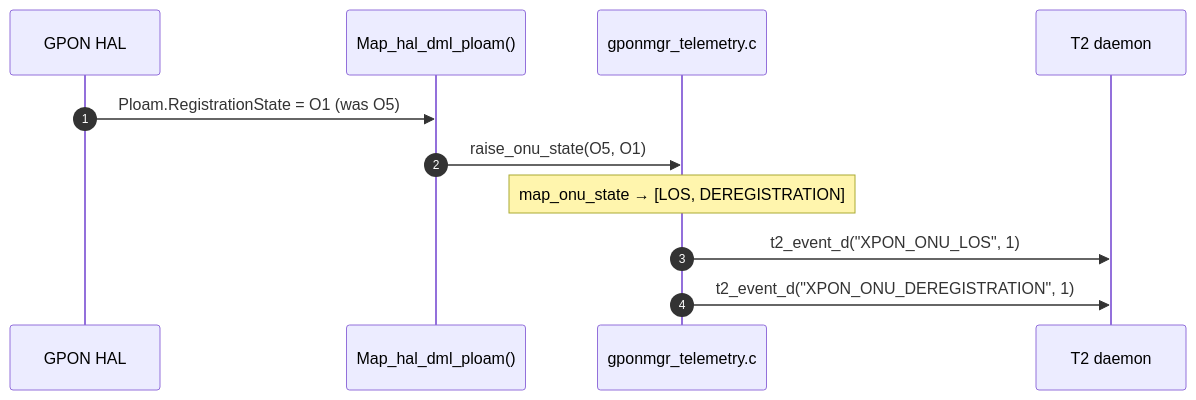
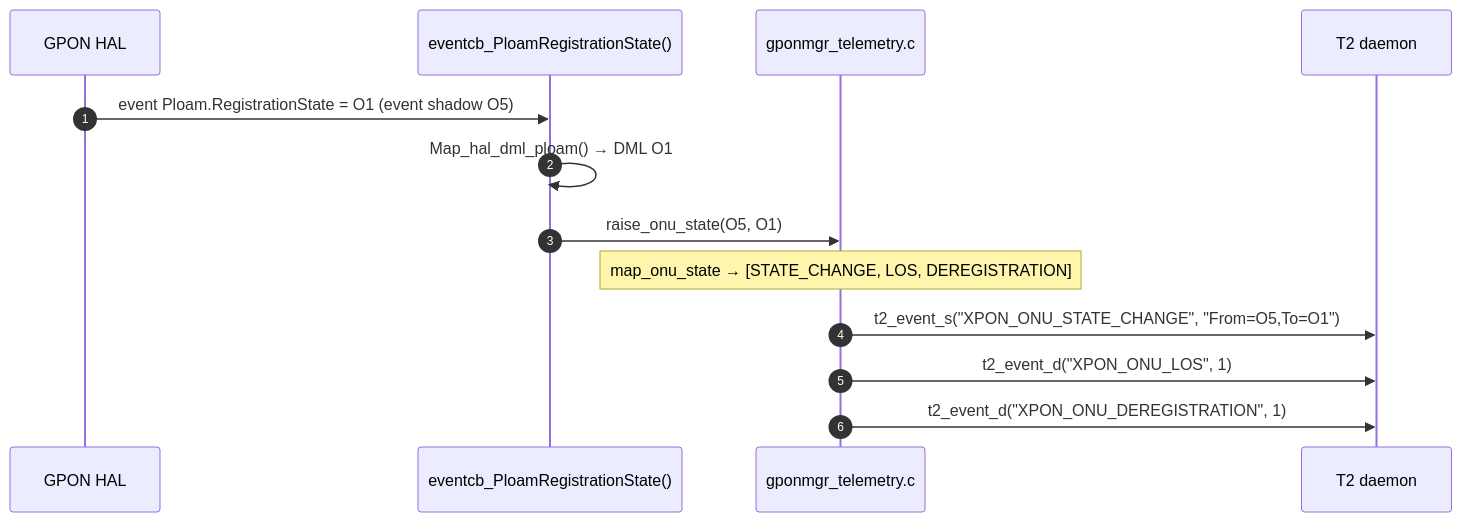
One commit to rdkcentral/gpon-manager changed the fourth of 8 diagrams in docs/07_Telemetry_Design.md. Above: the diagram before and after it, drawn with Mermaid. The commit also changed other lines of this file and 9 other files, not shown here.

````diff
--- a/docs/07_Telemetry_Design.md
+++ b/docs/07_Telemetry_Design.md
@@ -275,14 +296,16 @@
 ```mermaid
 sequenceDiagram
     autonumber
     participant HAL as GPON HAL
-    participant Map as Map_hal_dml_ploam()
+    participant CB as eventcb_PloamRegistrationState()
     participant Telem as gponmgr_telemetry.c
     participant T2 as T2 daemon
 
-    HAL->>Map: Ploam.RegistrationState = O1 (was O5)
-    Map->>Telem: raise_onu_state(O5, O1)
-    Note over Telem: map_onu_state → [LOS, DEREGISTRATION]
+    HAL->>CB: event Ploam.RegistrationState = O1 (event shadow O5)
+    CB->>CB: Map_hal_dml_ploam() → DML O1
+    CB->>Telem: raise_onu_state(O5, O1)
+    Note over Telem: map_onu_state → [STATE_CHANGE, LOS, DEREGISTRATION]
+    Telem->>T2: t2_event_s("XPON_ONU_STATE_CHANGE", "From=O5,To=O1")
     Telem->>T2: t2_event_d("XPON_ONU_LOS", 1)
     Telem->>T2: t2_event_d("XPON_ONU_DEREGISTRATION", 1)
 ```
````
